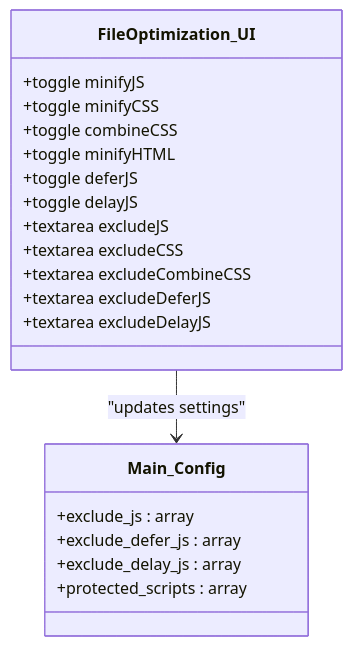
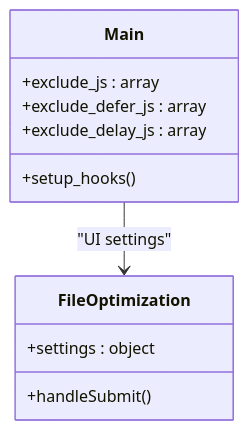
One commit to nilesh32236/performance-optimisation changed the seventh of 8 diagrams in .qoder/repowiki/en/content/Asset Optimization/JavaScript Optimization.md. Above: the diagram before and after it, drawn with Mermaid. The commit also changed other lines of this file and 46 other files, not shown here.

````diff
--- a/.qoder/repowiki/en/content/Asset Optimization/JavaScript Optimization.md
+++ b/.qoder/repowiki/en/content/Asset Optimization/JavaScript Optimization.md
@@ -274,23 +242,14 @@
 ```mermaid
 classDiagram
-class FileOptimization_UI {
-+toggle minifyJS
-+toggle minifyCSS
-+toggle combineCSS
-+toggle minifyHTML
-+toggle deferJS
-+toggle delayJS
-+textarea excludeJS
-+textarea excludeCSS
-+textarea excludeCombineCSS
-+textarea excludeDeferJS
-+textarea excludeDelayJS
-}
-class Main_Config {
+class Main {
 +exclude_js : array
 +exclude_defer_js : array
 +exclude_delay_js : array
-+protected_scripts : array
++setup_hooks()
 }
-FileOptimization_UI --> Main_Config : "updates settings"
+class FileOptimization {
++handleSubmit()
++settings : object
+}
+Main --> FileOptimization : "UI settings"
 ```
````
